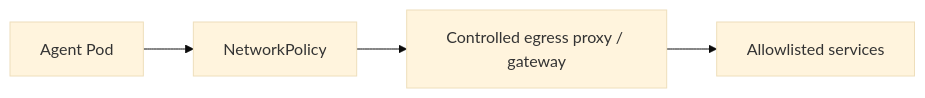
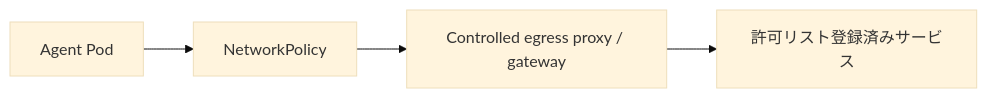
The second of 2 diagrams in docs/ja/03-security-model.md (tomo-chan/agent-harness), drawn with Mermaid (base theme) before and after one commit. The commit also changed other lines of this file and 10 other files, not shown here.

````diff
--- a/docs/ja/03-security-model.md
+++ b/docs/ja/03-security-model.md
@@ -48,6 +48,6 @@
 ```mermaid
 flowchart LR
     A[Agent Pod] --> N[NetworkPolicy]
     N --> E[Controlled egress proxy / gateway]
-    E --> S[Allowlisted services]
+    E --> S[許可リスト登録済みサービス]
 ```
````
